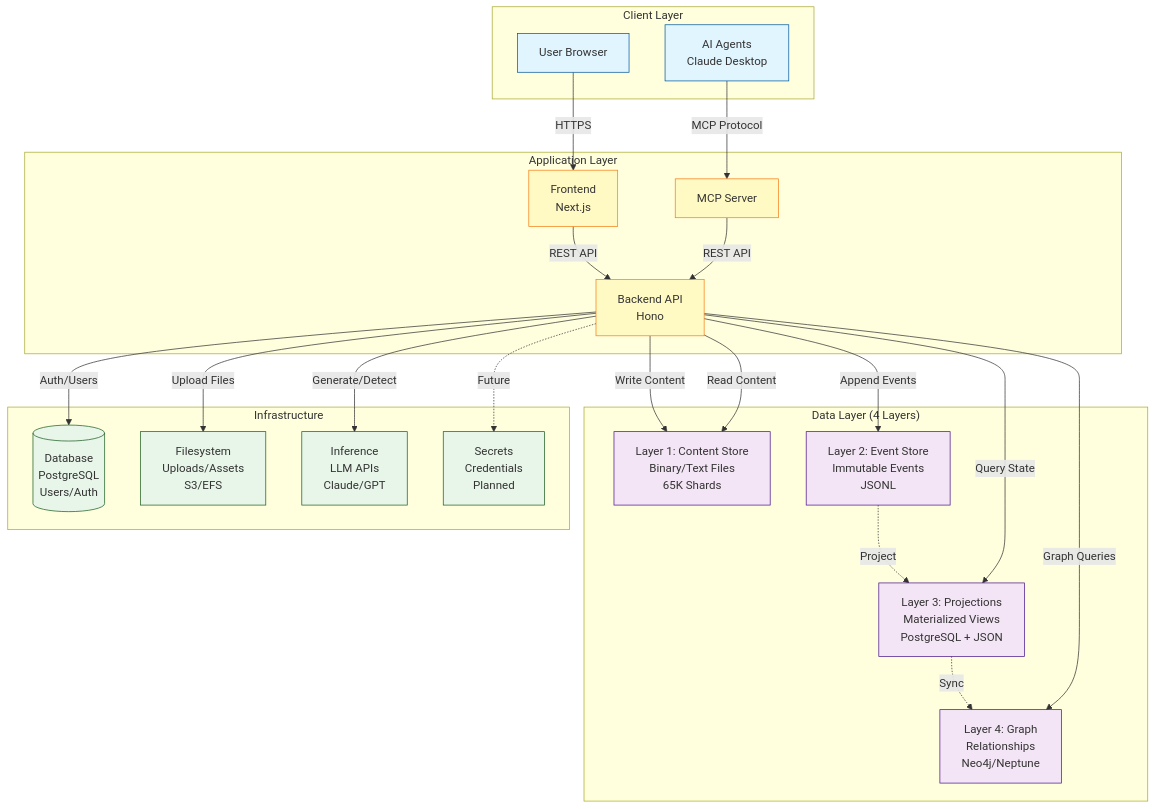
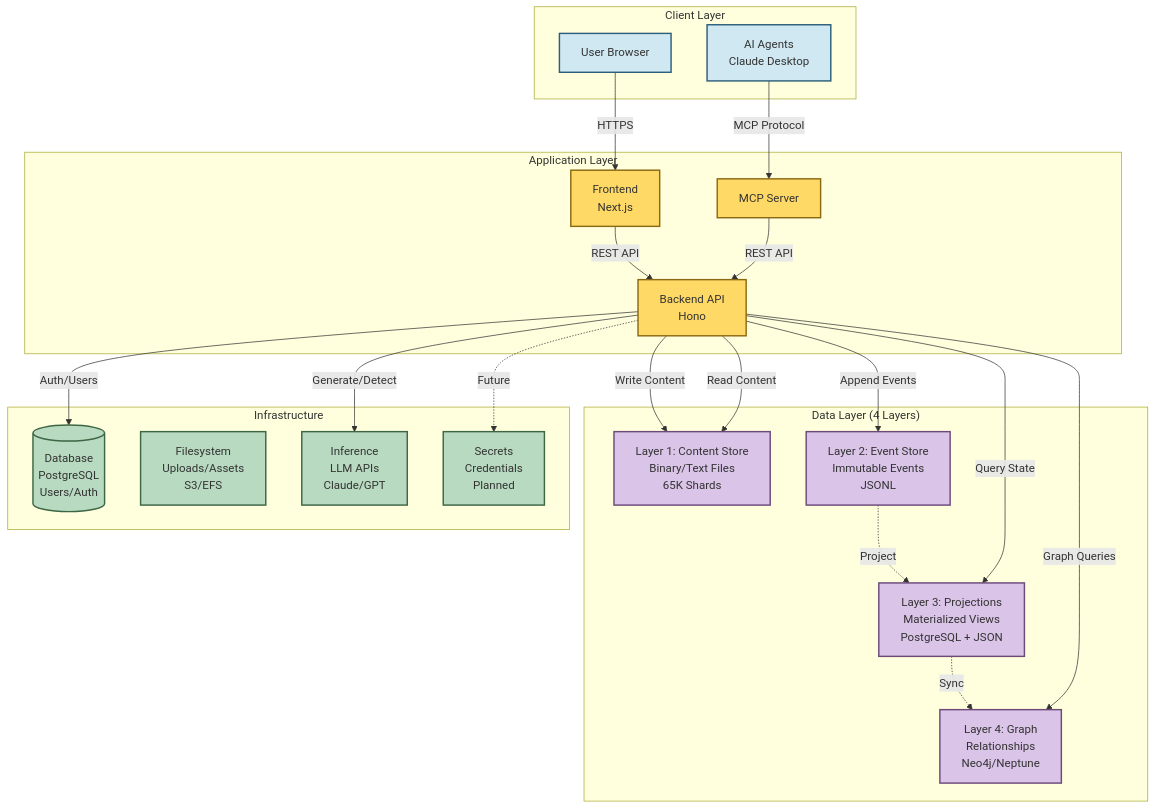
One commit to The-AI-Alliance/semiont changed the diagram in docs/ARCHITECTURE.md. Above: the diagram before and after it, drawn with Mermaid.

Commit message:
correct diagram, and choose better colors

````diff
--- a/docs/ARCHITECTURE.md
+++ b/docs/ARCHITECTURE.md
@@ -23,65 +23,64 @@
 ```mermaid
 graph TB
     subgraph "Client Layer"
         USER[User Browser]
         AI[AI Agents<br/>Claude Desktop]
     end
 
     subgraph "Application Layer"
         FE[Frontend<br/>Next.js]
         BE[Backend API<br/>Hono]
         MCP[MCP Server]
     end
 
     subgraph "Data Layer (4 Layers)"
         L1[Layer 1: Content Store<br/>Binary/Text Files<br/>65K Shards]
         L2[Layer 2: Event Store<br/>Immutable Events<br/>JSONL]
         L3[Layer 3: Projections<br/>Materialized Views<br/>PostgreSQL + JSON]
         L4[Layer 4: Graph<br/>Relationships<br/>Neo4j/Neptune]
     end
 
     subgraph "Infrastructure"
         DB[(Database<br/>PostgreSQL<br/>Users/Auth)]
         FS[Filesystem<br/>Uploads/Assets<br/>S3/EFS]
         INF[Inference<br/>LLM APIs<br/>Claude/GPT]
         SEC[Secrets<br/>Credentials<br/>Planned]
     end
 
     %% Client connections
     USER -->|HTTPS| FE
     AI -->|MCP Protocol| MCP
 
     %% Application layer
     FE -->|REST API| BE
     MCP -->|REST API| BE
 
     %% Backend to data layers (write path)
     BE -->|Write Content| L1
     BE -->|Append Events| L2
     BE -->|Auth/Users| DB
-    BE -->|Upload Files| FS
 
     %% Event-driven flow
     L2 -.->|Project| L3
     L3 -.->|Sync| L4
 
     %% Backend reads
     BE -->|Read Content| L1
     BE -->|Query State| L3
     BE -->|Graph Queries| L4
 
     %% External services
     BE -->|Generate/Detect| INF
     BE -.->|Future| SEC
 
-    %% Styling
-    classDef client fill:#e1f5ff,stroke:#01579b
-    classDef app fill:#fff9c4,stroke:#f57f17
-    classDef data fill:#f3e5f5,stroke:#4a148c
-    classDef infra fill:#e8f5e9,stroke:#1b5e20
+    %% Styling - colors chosen for readability in both light and dark modes
+    classDef client fill:#d0e8f2,stroke:#2c5f7a,stroke-width:2px
+    classDef app fill:#ffd966,stroke:#8b6914,stroke-width:2px
+    classDef data fill:#dac4e8,stroke:#6b4a7a,stroke-width:2px
+    classDef infra fill:#b8dac0,stroke:#3d6644,stroke-width:2px
 
     class USER,AI client
     class FE,BE,MCP app
     class L1,L2,L3,L4 data
     class DB,FS,INF,SEC infra
 ```
````
